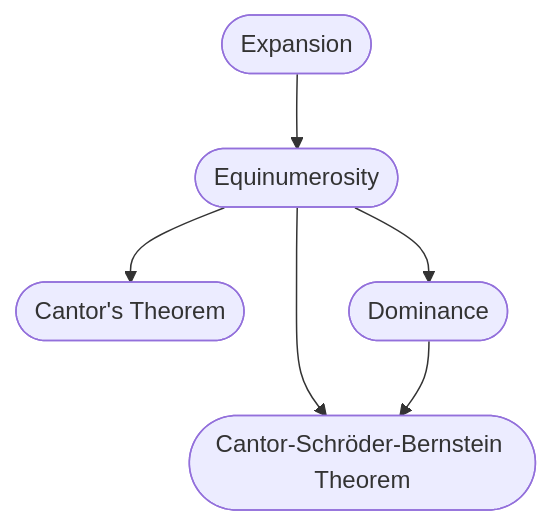
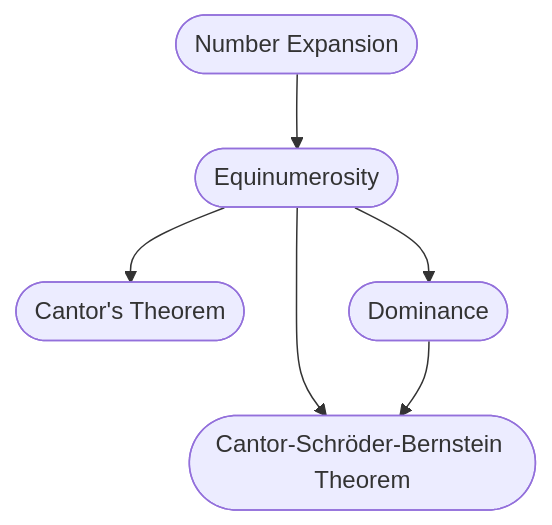
Before and after one commit to TangJingfan/ve203-notes: the fourth of 6 diagrams in rc_note/rc0/rc0.md, drawn with Mermaid. The commit also changed other lines of this file, not shown here.

````diff
--- a/rc_note/rc0/rc0.md
+++ b/rc_note/rc0/rc0.md
@@ -107,13 +109,13 @@
 ```mermaid
     graph
-    A(["Expansion"])
+    A(["Number Expansion"])
     B(["Equinumerosity"])
     C(["Cantor's Theorem"])
     D(["Dominance"])
     E(["Cantor-Schröder-Bernstein Theorem"])
     A --> B
     B --> C
     B --> D
     B --> E
     D --> E
 ```
````
